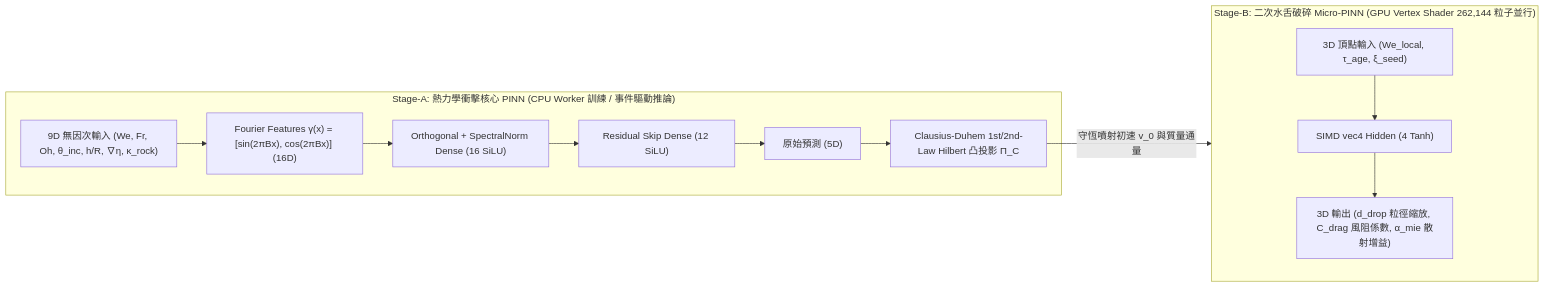
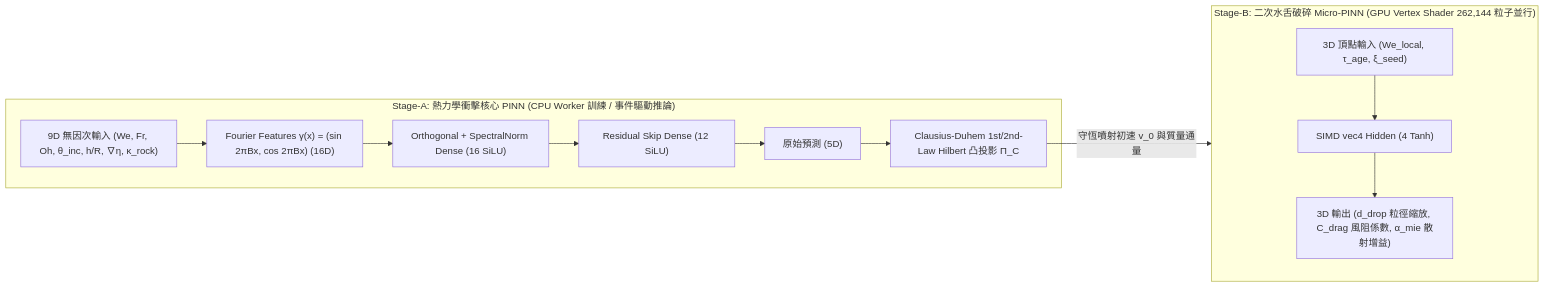
Before and after one commit to bgbg108555/NeuralSpecOcean: the fourth of 4 diagrams in TECHNICAL_WHITEPAPER.md, drawn with Mermaid. The commit also changed other lines of this file and 4 other files, not shown here.

````diff
--- a/TECHNICAL_WHITEPAPER.md
+++ b/TECHNICAL_WHITEPAPER.md
@@ -169,21 +177,21 @@
 ```mermaid
 flowchart LR
     subgraph StageA["Stage-A: 熱力學衝擊核心 PINN (CPU Worker 訓練 / 事件驅動推論)"]
         IN9["9D 無因次輸入 (We, Fr, Oh, θ_inc, h/R, ∇η, κ_rock)"]
-        FF16["Fourier Features γ(x) = [sin(2πBx), cos(2πBx)] (16D)"]
+        FF16["Fourier Features γ(x) = (sin 2πBx, cos 2πBx) (16D)"]
         FC16["Orthogonal + SpectralNorm Dense (16 SiLU)"]
         FC12["Residual Skip Dense (12 SiLU)"]
         RAW5["原始預測 (5D)"]
         PROJ["Clausius-Duhem 1st/2nd-Law Hilbert 凸投影 Π_C"]
         IN9 --> FF16 --> FC16 --> FC12 --> RAW5 --> PROJ
     end
 
     subgraph StageB["Stage-B: 二次水舌破碎 Micro-PINN (GPU Vertex Shader 262,144 粒子並行)"]
         VIN3["3D 頂點輸入 (We_local, τ_age, ξ_seed)"]
         VFC4["SIMD vec4 Hidden (4 Tanh)"]
         VOUT3["3D 輸出 (d_drop 粒徑縮放, C_drag 風阻係數, α_mie 散射增益)"]
         VIN3 --> VFC4 --> VOUT3
     end
 
     PROJ -->|"守恆噴射初速 v_0 與質量通量"| StageB
 ```
````
